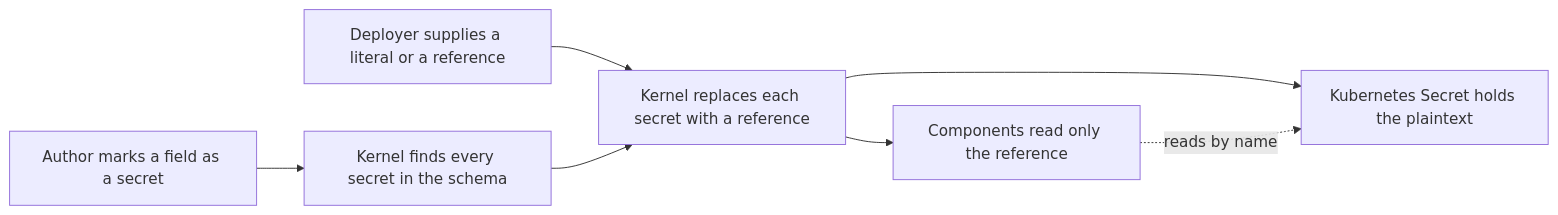
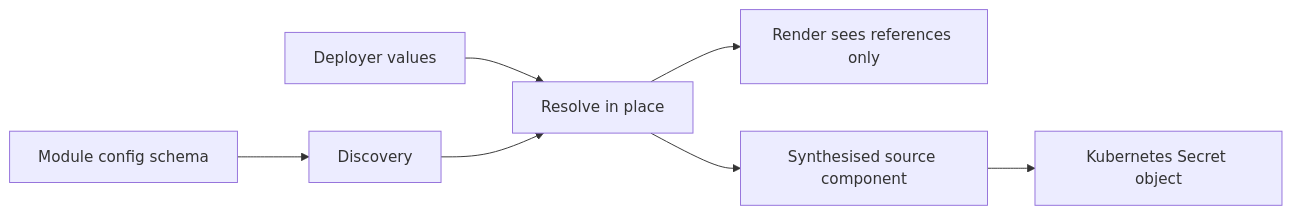
Before and after one commit to open-platform-model/enhancements: the diagram in openspec/changes/0013-secret-field-attributes/design.md, drawn with Mermaid. The commit also changed other lines of this file and 10 other files, not shown here.

````diff
--- a/openspec/changes/0013-secret-field-attributes/design.md
+++ b/openspec/changes/0013-secret-field-attributes/design.md
@@ -7,9 +5,9 @@
 ```mermaid
 flowchart LR
-    author["Author marks a field as a secret"] --> find["Kernel finds every secret in the schema"]
-    deployer["Deployer supplies a literal or a reference"] --> swap
-    find --> swap["Kernel replaces each secret with a reference"]
-    swap --> render["Components read only the reference"]
-    swap --> secret["Kubernetes Secret holds the plaintext"]
-    render -.->|reads by name| secret
+    schema["Module config schema"] --> discover["Discovery"]
+    values["Deployer values"] --> resolve["Resolve in place"]
+    discover --> resolve
+    resolve --> refs["Render sees references only"]
+    resolve --> comp["Synthesised source component"]
+    comp --> obj["Kubernetes Secret object"]
 ```
````
